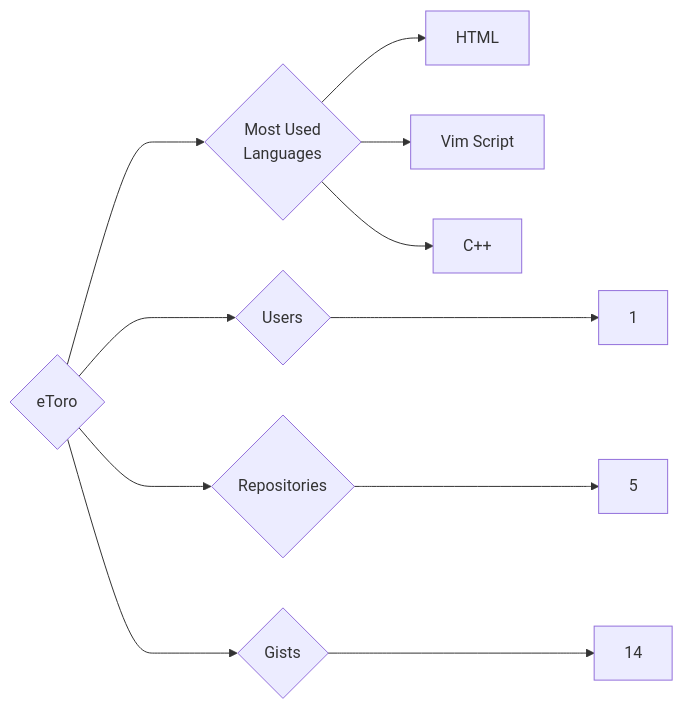
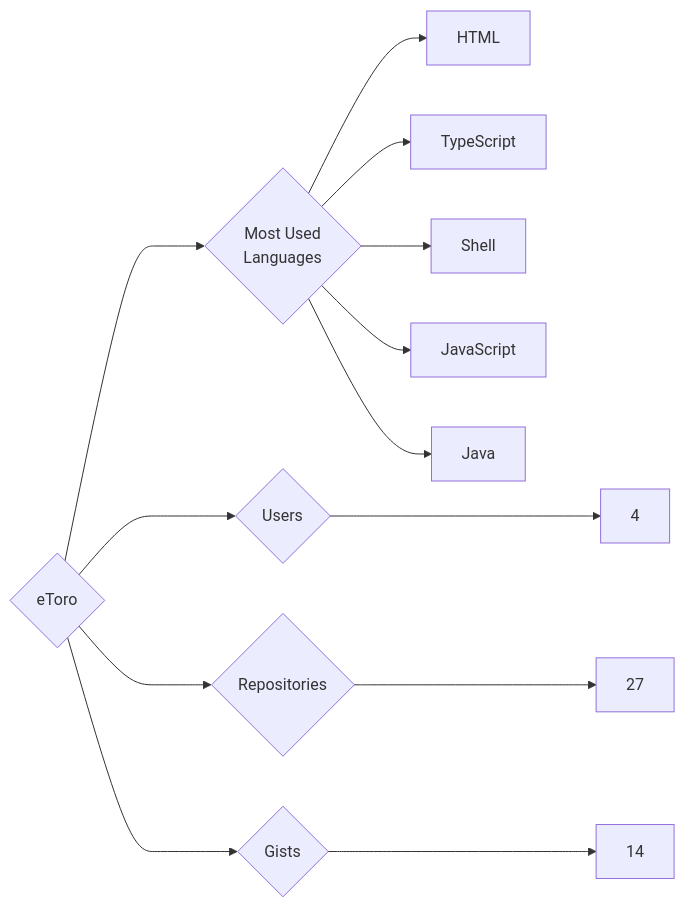
The diagram in targets/eToro/README.md (trickest/insiders), drawn with Mermaid before and after one commit. The commit also changed 1078 other files, not shown here.

````diff
--- a/targets/eToro/README.md
+++ b/targets/eToro/README.md
@@ -3,11 +3,13 @@
 ```mermaid
 graph LR
 COMPANY_NAME{eToro}
-COMPANY_NAME ---> U{Users} ---> UN[1]
-COMPANY_NAME ---> R{Repositories} ---> RN[5]
+COMPANY_NAME ---> U{Users} ---> UN[4]
+COMPANY_NAME ---> R{Repositories} ---> RN[27]
 COMPANY_NAME ---> G{Gists} ---> GN[14]
 COMPANY_NAME ---> ML{Most Used<br>Languages}
 ML --> HTML[HTML]
-ML --> Vim_Script[Vim Script]
-ML --> C++[C++]
+ML --> TypeScript[TypeScript]
+ML --> Shell[Shell]
+ML --> JavaScript[JavaScript]
+ML --> Java[Java]
 ```
````
